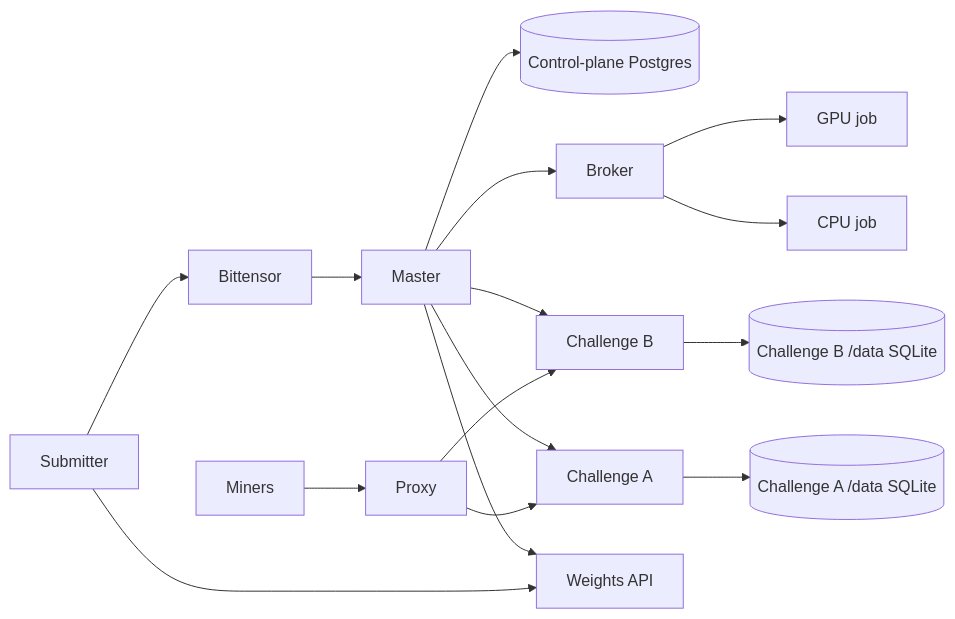
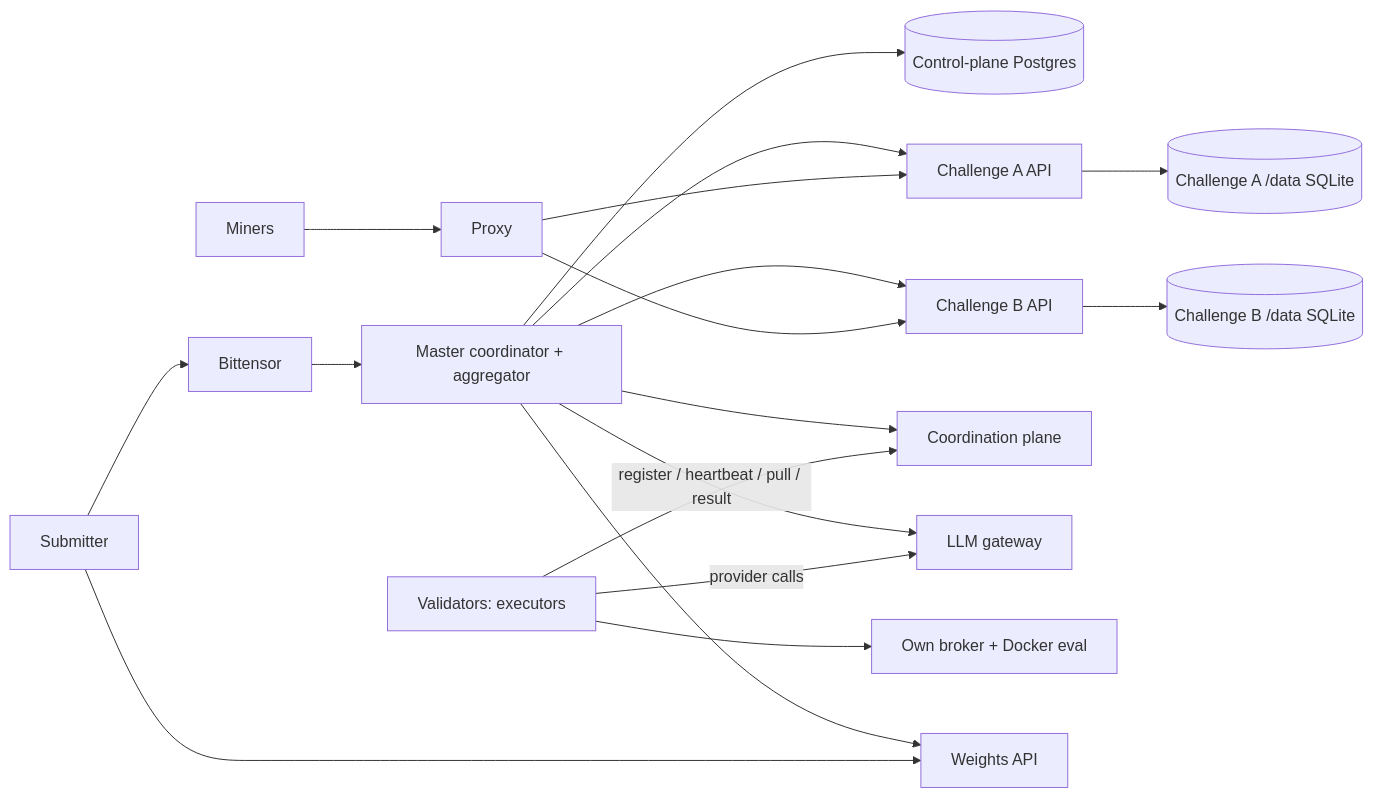
One commit to BaseIntelligence/base changed the first of 2 diagrams in README.md. Above: the diagram before and after it, drawn with Mermaid. The commit also changed other lines of this file, not shown here.

Commit message:
docs: update README for decentralized master/coordinator architecture

````diff
--- a/README.md
+++ b/README.md
@@ -80,18 +86,20 @@
 ```mermaid
 flowchart LR
-    BT[Bittensor] --> M[Master]
+    BT[Bittensor] --> M[Master coordinator + aggregator]
     M --> PG[(Control-plane Postgres)]
-    M --> C1[Challenge A]
-    M --> C2[Challenge B]
+    M --> C1[Challenge A API]
+    M --> C2[Challenge B API]
     C1 --> D1[(Challenge A /data SQLite)]
     C2 --> D2[(Challenge B /data SQLite)]
-    M --> B[Broker]
-    B --> J1[CPU job]
-    B --> J2[GPU job]
+    M --> CP[Coordination plane]
+    M --> GW[LLM gateway]
+    V[Validators: executors] -- register / heartbeat / pull / result --> CP
+    V -- provider calls --> GW
+    V --> VB[Own broker + Docker eval]
     U[Miners] --> P[Proxy]
     P --> C1
     P --> C2
     M --> W[Weights API]
     SUB[Submitter] --> W
     SUB --> BT
 ```
````
